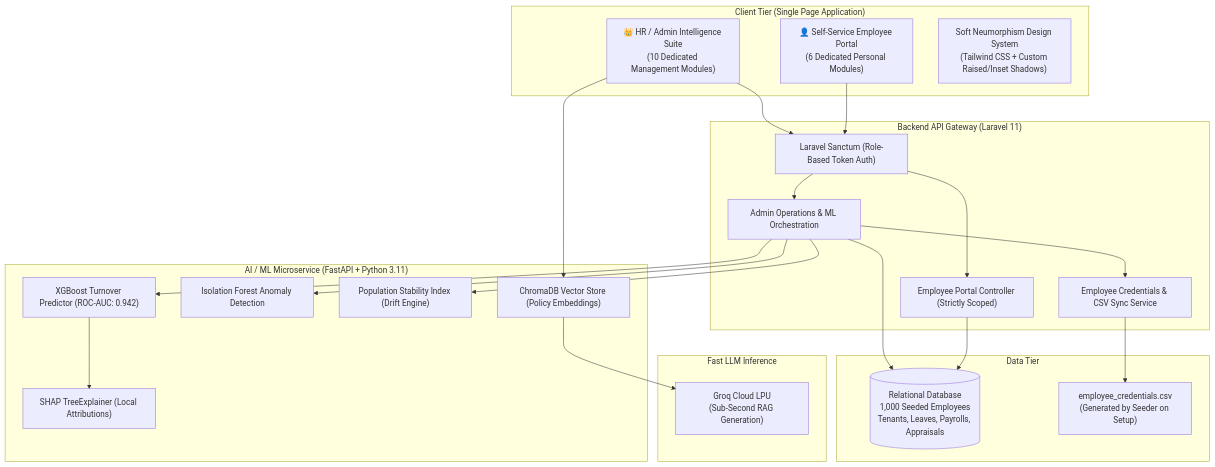
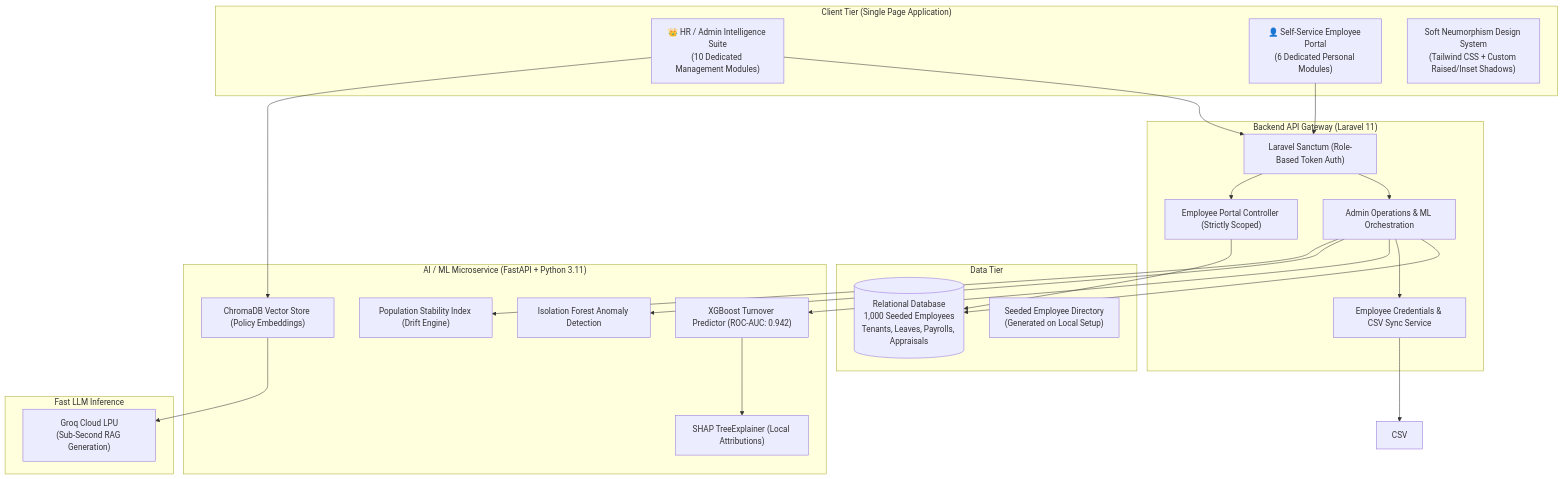
Before and after one commit to SMHC-hub/People-AI: the diagram in README.md, drawn with Mermaid. The commit also changed other lines of this file and 7 other files, not shown here.

````diff
--- a/README.md
+++ b/README.md
@@ -16,48 +16,48 @@
 ```mermaid
 flowchart TB
     subgraph Client["Client Tier (Single Page Application)"]
         AdminPanel["👑 HR / Admin Intelligence Suite<br/>(10 Dedicated Management Modules)"]
         EmpPortal["👤 Self-Service Employee Portal<br/>(6 Dedicated Personal Modules)"]
         UIStyles["Soft Neumorphism Design System<br/>(Tailwind CSS + Custom Raised/Inset Shadows)"]
     end
 
     subgraph Gateway["Backend API Gateway (Laravel 11)"]
         Sanctum["Laravel Sanctum (Role-Based Token Auth)"]
         AdminCtrl["Admin Operations & ML Orchestration"]
         PortalCtrl["Employee Portal Controller (Strictly Scoped)"]
         CredService["Employee Credentials & CSV Sync Service"]
     end
 
     subgraph DataTier["Data Tier"]
         DB[("Relational Database<br/>1,000 Seeded Employees<br/>Tenants, Leaves, Payrolls, Appraisals")]
-        CSV["employee_credentials.csv<br/>(Generated by Seeder on Setup)"]
+        DirectoryStore["Seeded Employee Directory<br/>(Generated on Local Setup)"]
     end
 
     subgraph MLTier["AI / ML Microservice (FastAPI + Python 3.11)"]
         XGB["XGBoost Turnover Predictor (ROC-AUC: 0.942)"]
         SHAP["SHAP TreeExplainer (Local Attributions)"]
         IsoForest["Isolation Forest Anomaly Detection"]
         PSI["Population Stability Index (Drift Engine)"]
         Chroma["ChromaDB Vector Store (Policy Embeddings)"]
     end
 
     subgraph Inference["Fast LLM Inference"]
         Groq["Groq Cloud LPU<br/>(Sub-Second RAG Generation)"]
     end
 
     AdminPanel --> Sanctum
     EmpPortal --> Sanctum
     Sanctum --> AdminCtrl
     Sanctum --> PortalCtrl
     AdminCtrl --> DB
     PortalCtrl --> DB
     AdminCtrl --> CredService
     CredService --> CSV
 
     AdminCtrl --> XGB
     AdminCtrl --> IsoForest
     AdminCtrl --> PSI
     XGB --> SHAP
     AdminPanel --> Chroma
     Chroma --> Groq
 ```
````
